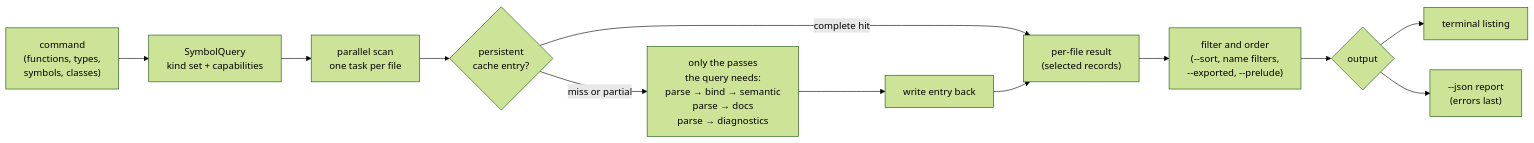
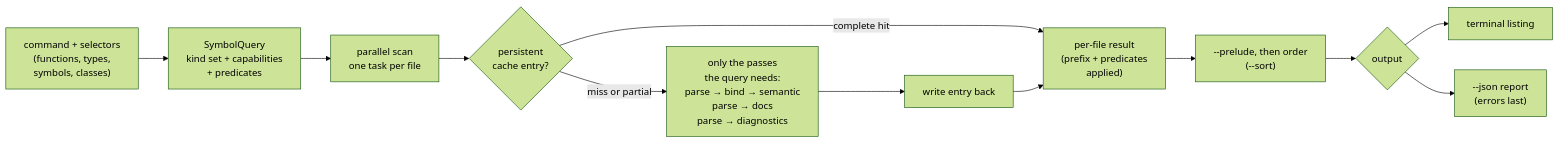
The diagram in tree-hugger/docs/symbol-reports.md (yankeeinlondon/rusty-biscuit), drawn with Mermaid (forest theme) before and after one commit. The commit also changed other lines of this file and 4 other files, not shown here.

````diff
--- a/tree-hugger/docs/symbol-reports.md
+++ b/tree-hugger/docs/symbol-reports.md
@@ -90,13 +201,13 @@
 ```mermaid
 flowchart LR
-    cmd["command<br/>(functions, types,<br/>symbols, classes)"] --> query["SymbolQuery<br/>kind set + capabilities"]
+    cmd["command + selectors<br/>(functions, types,<br/>symbols, classes)"] --> query["SymbolQuery<br/>kind set + capabilities<br/>+ predicates"]
     query --> scan["parallel scan<br/>one task per file"]
     scan --> cache{"persistent<br/>cache entry?"}
-    cache -- "complete hit" --> result["per-file result<br/>(selected records)"]
+    cache -- "complete hit" --> result["per-file result<br/>(prefix + predicates<br/>applied)"]
     cache -- "miss or partial" --> passes["only the passes<br/>the query needs:<br/>parse → bind → semantic<br/>parse → docs<br/>parse → diagnostics"]
     passes --> write["write entry back"] --> result
-    result --> order["filter and order<br/>(--sort, name filters,<br/>--exported, --prelude)"]
+    result --> order["--prelude, then order<br/>(--sort)"]
     order --> out{"output"}
     out --> term["terminal listing"]
     out --> json["--json report<br/>(errors last)"]
 ```
````
